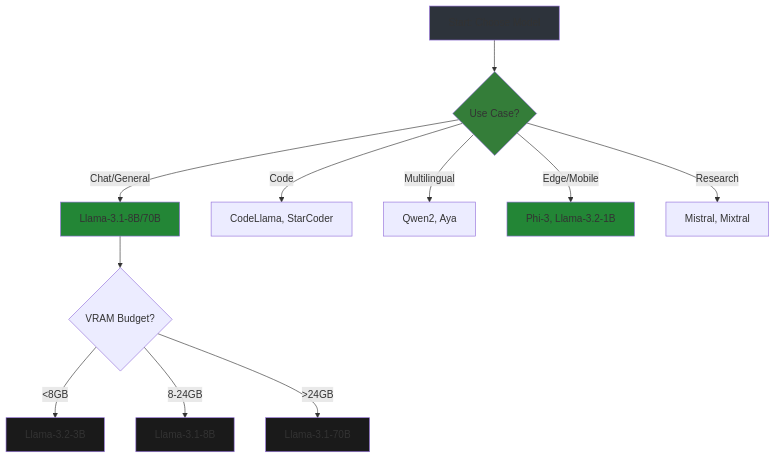
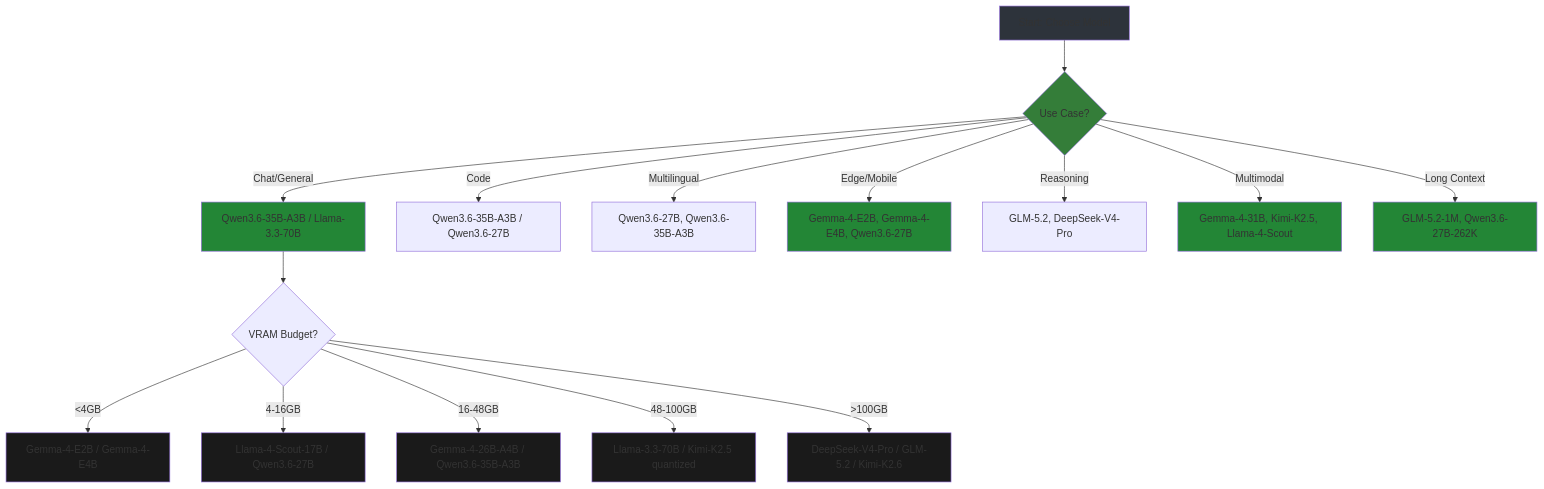
One commit to Parv17k/llm-fine-tuning-guide changed the eighth of 8 diagrams in content/00-neural-networks-basics/01-llm-architectures.md. Above: the diagram before and after it, drawn with Mermaid. The commit also changed other lines of this file and 11 other files, not shown here.

Commit message:
Update LLM architecture and fine-tuning documentation - enhance model examples, clarify workflows, and refine parameter details

````diff
--- a/content/00-neural-networks-basics/01-llm-architectures.md
+++ b/content/00-neural-networks-basics/01-llm-architectures.md
@@ -388,22 +670,30 @@
 ```mermaid
 graph TD
     A[Start: Choose Model] --> B{Use Case?}
-    B -->|Chat/General| C[Llama-3.1-8B/70B]
-    B -->|Code| D[CodeLlama, StarCoder]
-    B -->|Multilingual| E[Qwen2, Aya]
-    B -->|Edge/Mobile| F[Phi-3, Llama-3.2-1B]
-    B -->|Research| G[Mistral, Mixtral]
+    B -->|Chat/General| C[Qwen3.6-35B-A3B / Llama-3.3-70B]
+    B -->|Code| D[Qwen3.6-35B-A3B / Qwen3.6-27B]
+    B -->|Multilingual| E[Qwen3.6-27B, Qwen3.6-35B-A3B]
+    B -->|Edge/Mobile| F[Gemma-4-E2B, Gemma-4-E4B, Qwen3.6-27B]
+    B -->|Reasoning| G[GLM-5.2, DeepSeek-V4-Pro]
+    B -->|Multimodal| H[Gemma-4-31B, Kimi-K2.5, Llama-4-Scout]
+    B -->|Long Context| I[GLM-5.2-1M, Qwen3.6-27B-262K]
     
-    C --> H{VRAM Budget?}
-    H -->|<8GB| I[Llama-3.2-3B]
-    H -->|8-24GB| J[Llama-3.1-8B]
-    H -->|>24GB| K[Llama-3.1-70B]
+    C --> J{VRAM Budget?}
+    J -->|<4GB| K[Gemma-4-E2B / Gemma-4-E4B]
+    J -->|4-16GB| L[Llama-4-Scout-17B / Qwen3.6-27B]
+    J -->|16-48GB| M[Gemma-4-26B-A4B / Qwen3.6-35B-A3B]
+    J -->|48-100GB| N[Llama-3.3-70B / Kimi-K2.5 quantized]
+    J -->|>100GB| O[DeepSeek-V4-Pro / GLM-5.2 / Kimi-K2.6]
     
     style A fill:#2d333b
     style B fill:#347d39
     style C fill:#238636
     style F fill:#238636
-    style I fill:#1a1a1a
-    style J fill:#1a1a1a
+    style H fill:#238636
+    style I fill:#238636
     style K fill:#1a1a1a
+    style L fill:#1a1a1a
+    style M fill:#1a1a1a
+    style N fill:#1a1a1a
+    style O fill:#1a1a1a
 ```
````
